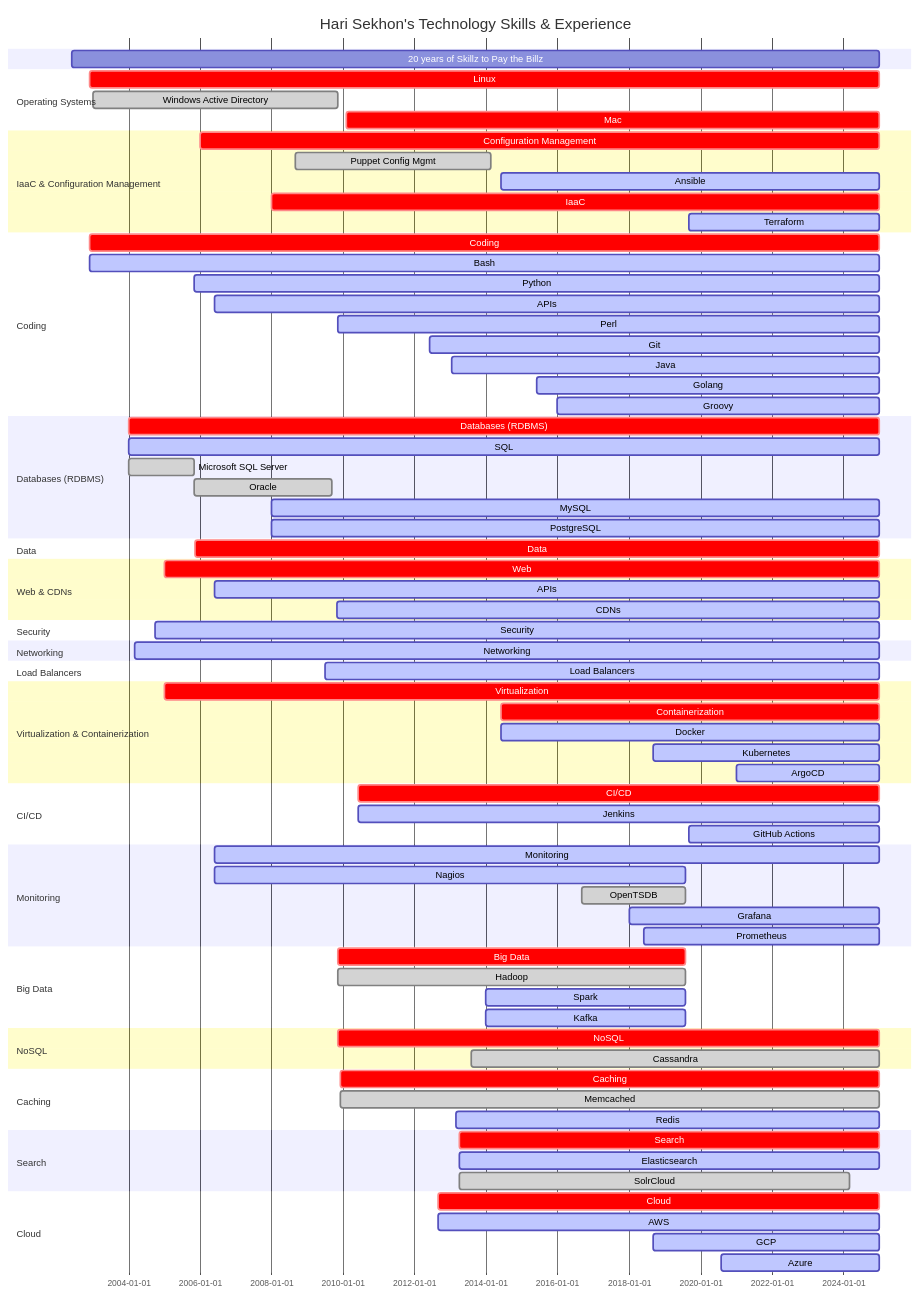
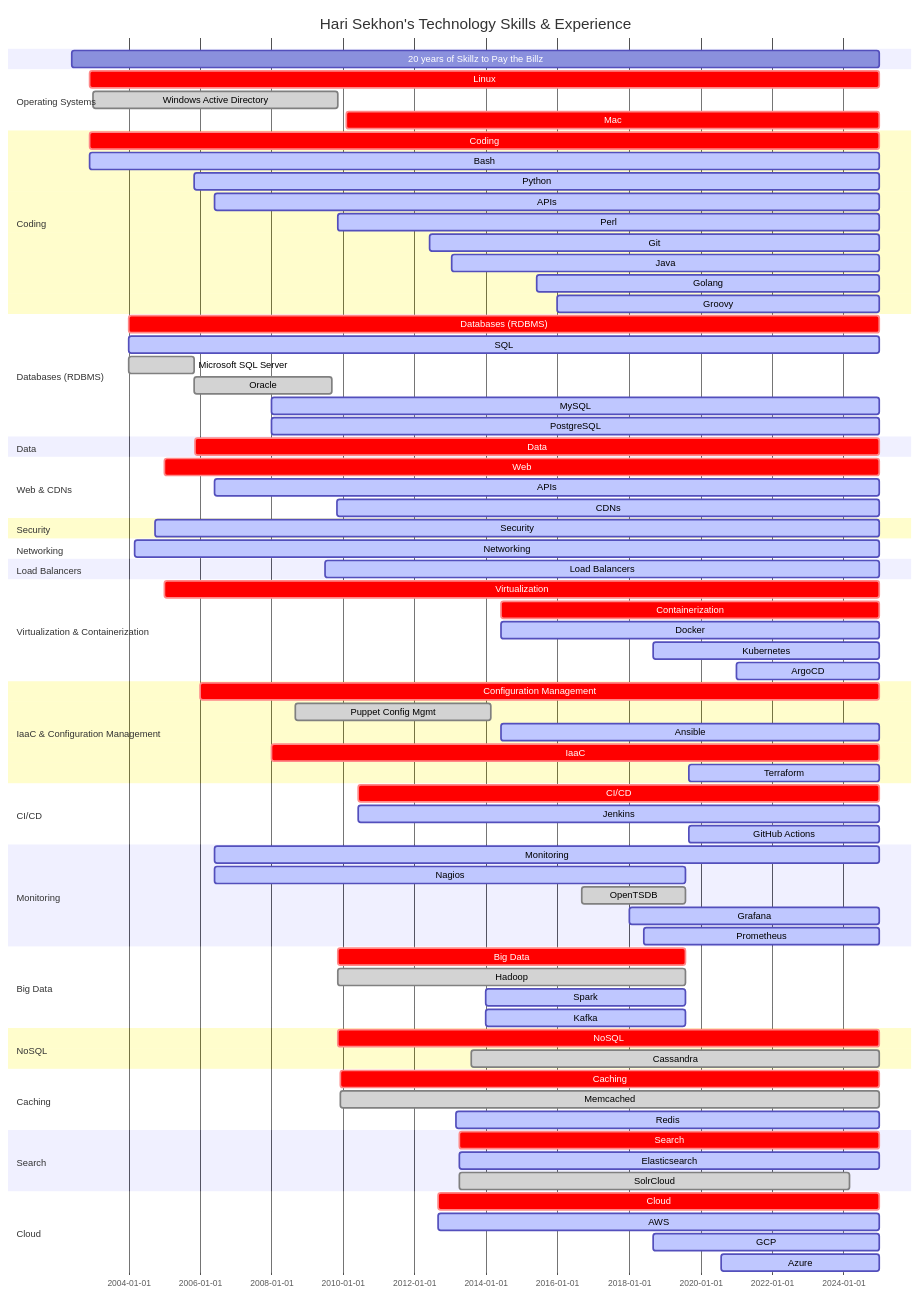
Before and after one commit to HariSekhon/HariSekhon: the diagram in README.md, drawn with Mermaid. The commit also changed other lines of this file, not shown here.

```diff
--- a/README.md
+++ b/README.md
@@ -288,17 +288,6 @@
     %%Ubuntu Linux             : active, 2006-06-01, 2024-12-31
     %%Alpine Linux             : done, 2016-01-01, 2024-12-31
     Mac                      : crit, 2010-02-01, 2024-12-31
-
-    section IaaC & Configuration Management
-    Configuration Management :crit, 2006-01-01, 2024-12-31
-    Puppet Config Mgmt     : done, 2008-09-01, 2014-02-18
-    Ansible                : active, 2014-06-01, 2024-12-31
-    IaaC                   :crit, 2008-01-01, 2024-12-31
-    Terraform              :active, 2019-09-01, 2024-12-31
-    %%Terraform Cloud        : active, 2021-09-01, 2022-09-31
-    %%Kickstart              : active, 2008-01-01, 2024-12-31
-    %%Preseed                : active, 2009-01-01, 2024-12-31
-    %%AutoInstall            : active, 2023-01-01, 2024-12-31
 
     section Coding
     Coding                 : crit, 2002-12-01, 2024-12-31
@@ -379,6 +368,17 @@
     Kubernetes             : active, 2018-09-01, 2024-12-31
     ArgoCD                 : active, 2021-01-01, 2024-12-31
 
+    section IaaC & Configuration Management
+    Configuration Management :crit, 2006-01-01, 2024-12-31
+    Puppet Config Mgmt     : done, 2008-09-01, 2014-02-18
+    Ansible                : active, 2014-06-01, 2024-12-31
+    IaaC                   :crit, 2008-01-01, 2024-12-31
+    Terraform              :active, 2019-09-01, 2024-12-31
+    %%Terraform Cloud        : active, 2021-09-01, 2022-09-31
+    %%Kickstart              : active, 2008-01-01, 2024-12-31
+    %%Preseed                : active, 2009-01-01, 2024-12-31
+    %%AutoInstall            : active, 2023-01-01, 2024-12-31
+
     section CI/CD
     CI/CD                  : crit, 2010-06-01, 2024-12-31
     Jenkins                : active, 2010-06-01, 2024-12-31
```
